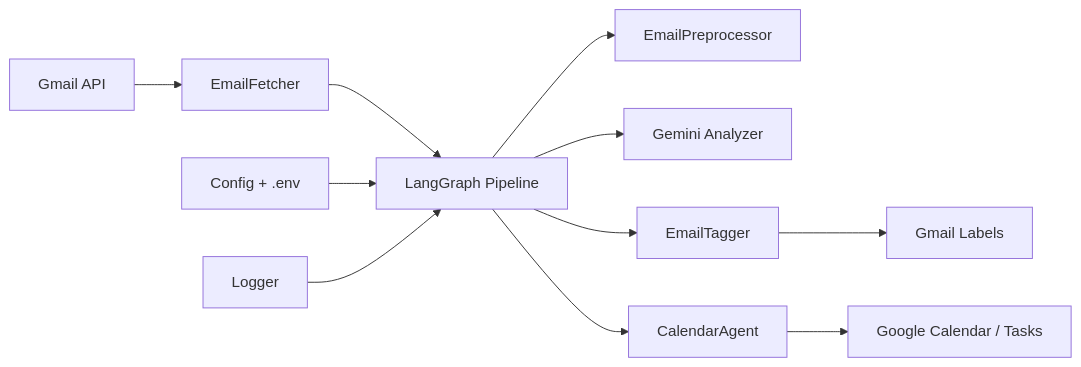
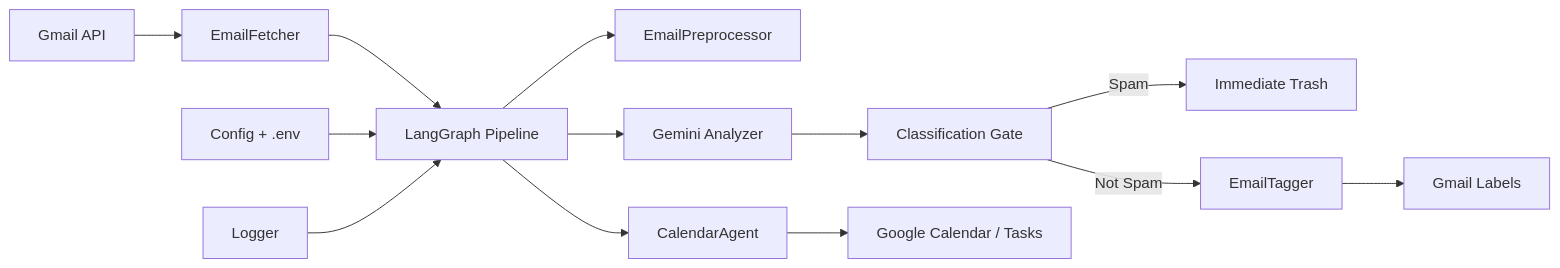
Before and after one commit to Phyopma/mail-agent.tmp: the diagram in architecture.md, drawn with Mermaid. The commit also changed other lines of this file and 21 other files, not shown here.

Commit message:
fix/ harden classification completeness and spam disposition

````diff
--- a/architecture.md
+++ b/architecture.md
@@ -9,13 +9,15 @@
 ```mermaid
 flowchart LR
     A[Gmail API] --> B[EmailFetcher]
     B --> C[LangGraph Pipeline]
     C --> D[EmailPreprocessor]
     C --> E[Gemini Analyzer]
-    C --> F[EmailTagger]
+    E --> L[Classification Gate]
+    L -->|Spam| M[Immediate Trash]
+    L -->|Not Spam| F[EmailTagger]
     C --> G[CalendarAgent]
     F --> H[Gmail Labels]
     G --> I[Google Calendar / Tasks]
     J[Config + .env] --> C
     K[Logger] --> C
 ```
````
